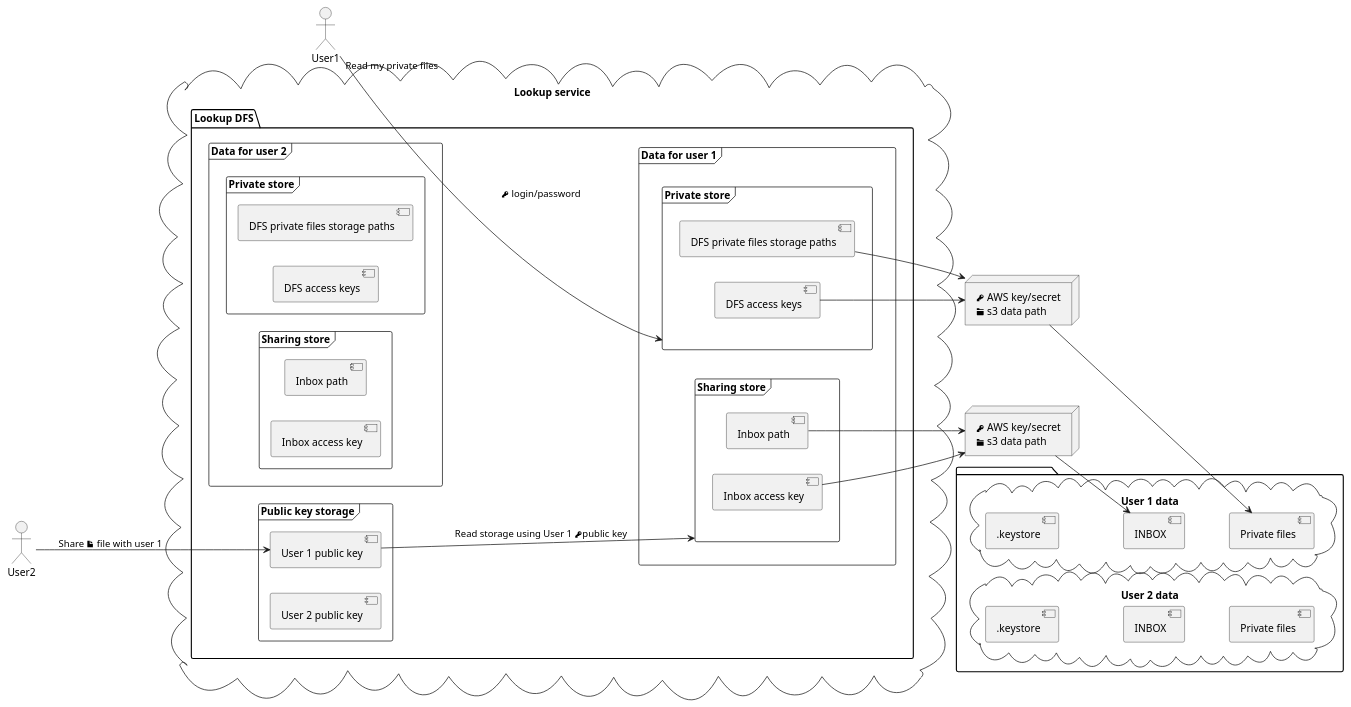
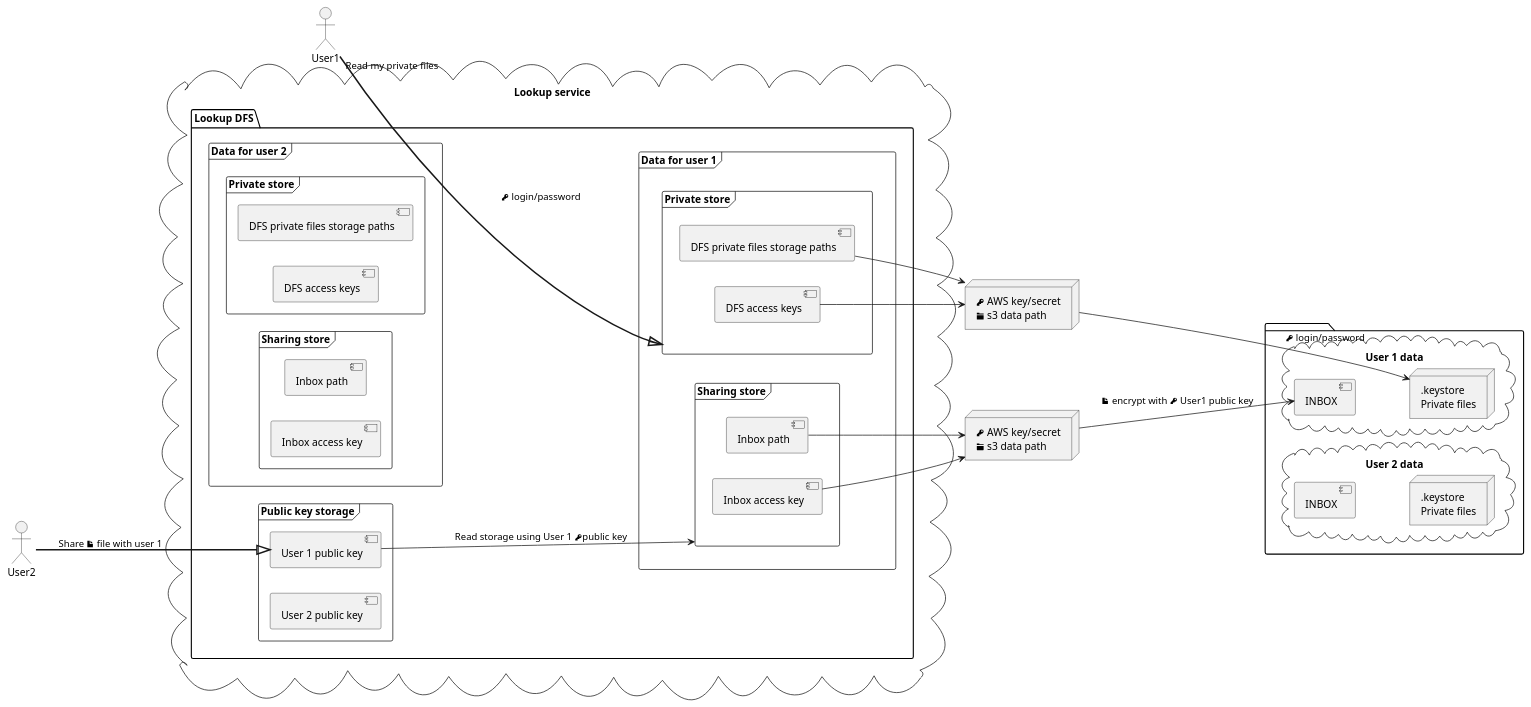
Before and after one commit to valb3r/docusafe: the diagram in diagrams/generic_view.puml, drawn with PlantUML. The commit also changed 3 other files, not shown here.

Commit message:
Sequence diagrams for inbox/private sharing

```diff
--- a/diagrams/generic_view.puml
+++ b/diagrams/generic_view.puml
@@ -1,80 +1,82 @@
 @startuml
 cloud "Lookup service" {
   package "Lookup DFS" {
   left to right direction
     frame "Data for user 1" {
 
       frame "Private store" as privateStoreUser1 {
         [DFS private files storage paths] as mapPrivate1
         [DFS access keys] as privateAccessKey1
       }
 
       frame "Sharing store" as sharingStoreUser1 {
         [Inbox path] as mapInbox1
         [Inbox access key] as publicAccessKey1
       }
     }
 
     frame "Data for user 2" {
 
       frame "Private store" as privateStoreUser2 {
         [DFS private files storage paths] as mapPrivate2
         [DFS access keys] as privateAccessKey2
       }
 
       frame "Sharing store" as sharingStoreUser2 {
         [Inbox path] as mapInbox2
         [Inbox access key] as publicAccessKey2
       }
     }
 
     frame "Public key storage" {
       left to right direction
       [User 1 public key] as user1publicKey
       [User 2 public key] as user2publicKey
     }
   }
 }
 
 package {
   cloud "User 1 data" as User1data {
-    [.keystore] as keystoreUsr1
     [INBOX] as inboxUsr1
-    [Private files] as filesUsr1
-    keystoreUsr1  ..[hidden] inboxUsr1
+    node filesUsr1 [
+      .keystore
+      Private files
+    ]
     inboxUsr1  ..[hidden] filesUsr1
   }
 
   cloud "User 2 data" as User2data {
-    [.keystore] as keystoreUsr2
     [INBOX] as inboxUsr2
-    [Private files] as filesUsr2
-    keystoreUsr2  ..[hidden] inboxUsr2
+    node filesUsr2 [
+      .keystore
+      Private files
+    ]
     inboxUsr2  ..[hidden] filesUsr2
   }
 }
 
 actor User1 as user1
 node user1privateFilesAccess [
 <&key> AWS key/secret
 <&folder> s3 data path
 ]
 
-user1 --> privateStoreUser1 : "Read my private files" <&key> login/password
+user1 ==^ privateStoreUser1 : "Read my private files" <&key> login/password
 mapPrivate1 --> user1privateFilesAccess
 privateAccessKey1 --> user1privateFilesAccess
-user1privateFilesAccess --> filesUsr1
+user1privateFilesAccess --> filesUsr1 :  <&key> login/password
 
 actor User2 as user2
 node user2shareFilesAccess [
 <&key> AWS key/secret
 <&folder> s3 data path
 ]
 
-user2 --> user1publicKey : Share <&file> file with user 1
+user2 ==^ user1publicKey : Share <&file> file with user 1
 user1publicKey --> sharingStoreUser1 : Read storage using User 1 <&key>public key
 mapInbox1 --> user2shareFilesAccess
 publicAccessKey1 --> user2shareFilesAccess
-user2shareFilesAccess --> inboxUsr1
+user2shareFilesAccess --> inboxUsr1 : <&file> encrypt with <&key> User1 public key
 
 @enduml
```
